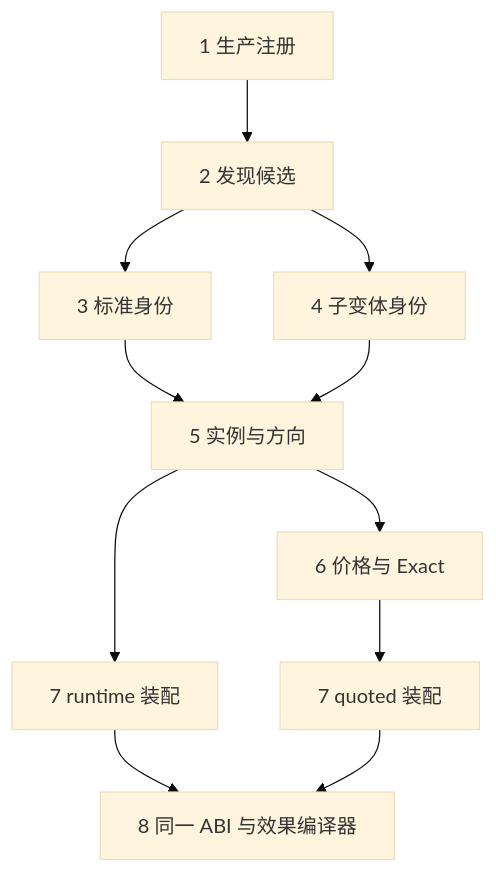
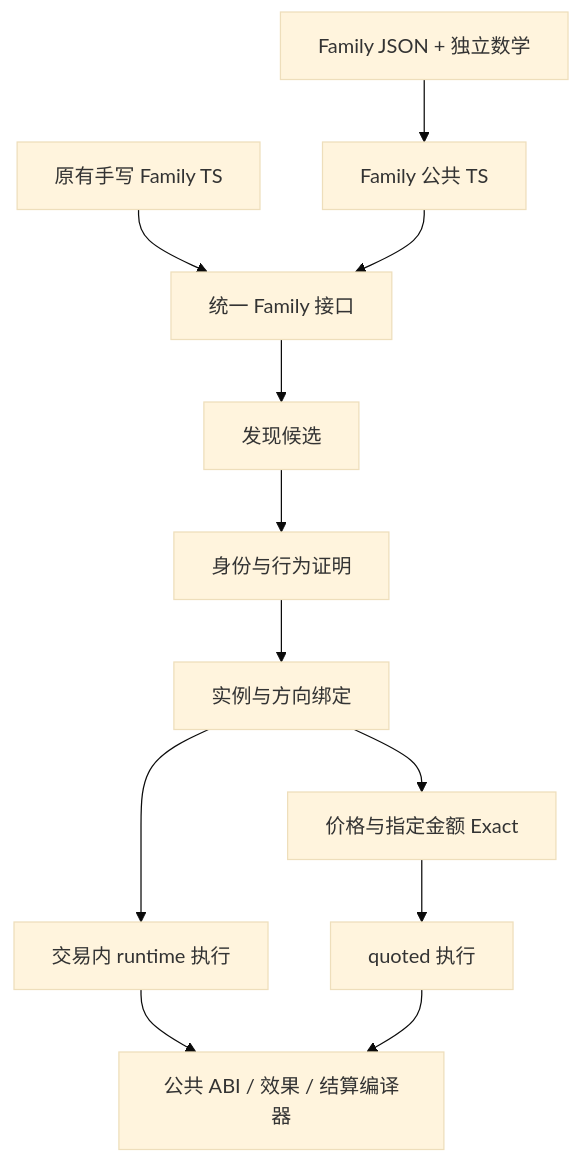
Before and after one commit to EuniceLeeee/c0ffeebabe.eth: the diagram in docs/research/design/erc4626-declarative-production-architecture-20261027.md, drawn with Mermaid (base theme). The commit also changed other lines of this file, not shown here.

First line of the commit message:
docs: rewrite Family plugin architecture against current common pipeline

````diff
--- a/docs/research/design/erc4626-declarative-production-architecture-20261027.md
+++ b/docs/research/design/erc4626-declarative-production-architecture-20261027.md
@@ -21,13 +9,14 @@
 ```mermaid
 flowchart TD
-    A[1 生产注册] --> B[2 发现候选]
-    B --> C[3 标准身份]
-    B --> D[4 子变体身份]
-    C --> E[5 实例与方向]
-    D --> E
-    E --> F[6 价格与 Exact]
-    E --> G[7 runtime 装配]
-    F --> H[7 quoted 装配]
-    G --> I[8 同一 ABI 与效果编译器]
-    H --> I
+    J[Family JSON + 独立数学] --> C[Family 公共 TS]
+    T[原有手写 Family TS] --> I[统一 Family 接口]
+    C --> I
+    I --> D[发现候选]
+    D --> A[身份与行为证明]
+    A --> R[实例与方向绑定]
+    R --> P[价格与指定金额 Exact]
+    R --> E[交易内 runtime 执行]
+    P --> Q[quoted 执行]
+    E --> S[公共 ABI / 效果 / 结算编译器]
+    Q --> S
 ```
````
